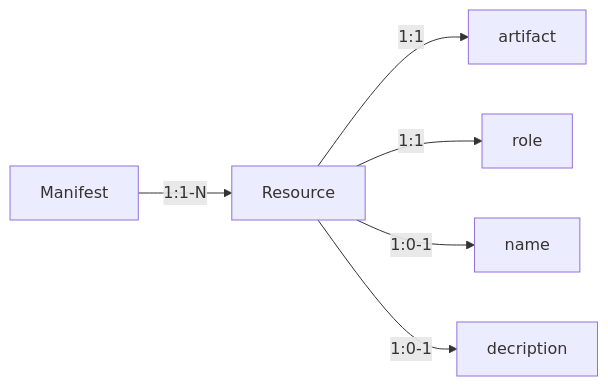
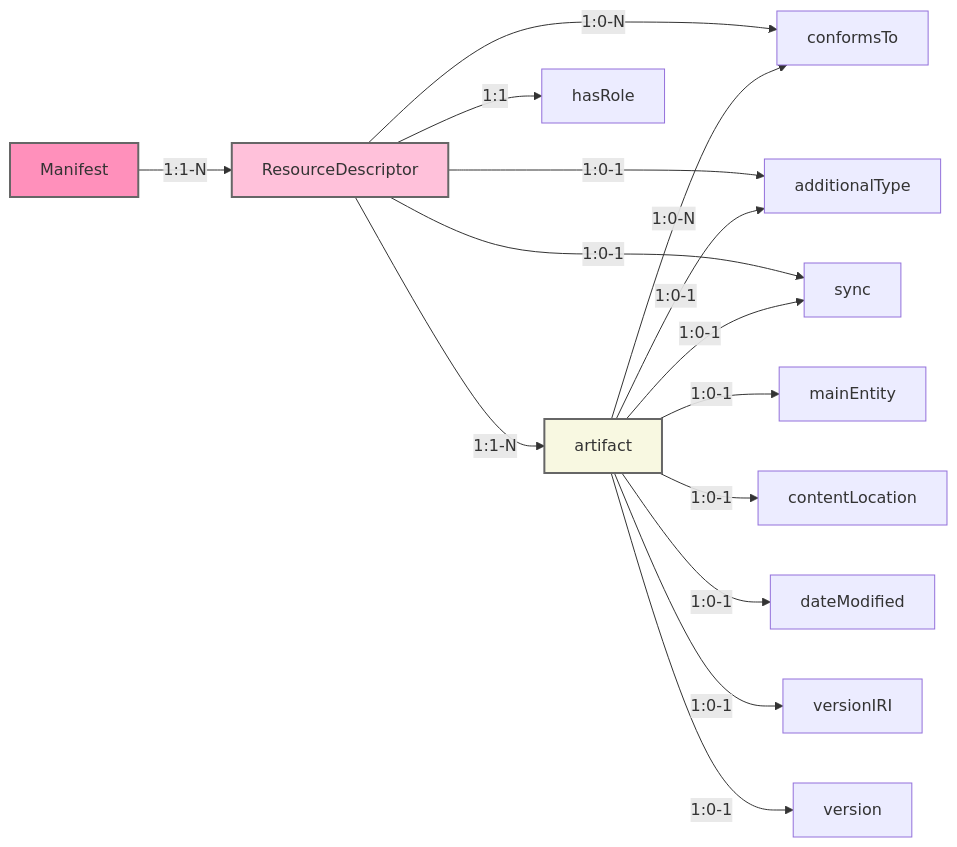
The diagram in docs/guide/manifests.md (Kurrawong/kgm), drawn with Mermaid before and after one commit. The commit also changed other lines of this file and 7 other files, not shown here.

````diff
--- a/docs/guide/manifests.md
+++ b/docs/guide/manifests.md
@@ -61,8 +61,22 @@
 ``` mermaid
 graph LR
-  Manifest --1:1-N--> Resource;
-  Resource --1:1--> artifact;
-  Resource --1:1--> role;
-  Resource --1:0-1--> name;
-  Resource --1:0-1--> decription;
+  style Manifest fill:#FF90BB,stroke:#666,stroke-width:2px
+  Manifest --1:1-N--> ResourceDescriptor;
+  style ResourceDescriptor fill:#FFC1DA,stroke:#666,stroke-width:2px
+  style artifact fill:#F8F8E1,stroke:#666,stroke-width:2px 
+  ResourceDescriptor --1:1-N--> artifact;
+  ResourceDescriptor --1:1--> hasRole;
+  ResourceDescriptor --1:0-N--> conformsTo;
+  ResourceDescriptor --1:0-1--> additionalType;
+  ResourceDescriptor --1:0-1--> sync;
+  style artifact fill:#F8F8E1,stroke:#666,stroke-width:2px  
+  artifact --1:0-N--> conformsTo;
+  artifact --1:0-1--> additionalType;
+  artifact --1:0-1--> sync;
+  artifact --1:0-1--> mainEntity;
+  artifact --1:0-1--> contentLocation;
+  style artifact fill:#F8F8E1,stroke:#666,stroke-width:2px  
+  artifact --1:0-1--> dateModified;
+  artifact --1:0-1--> versionIRI;
+  artifact --1:0-1--> version;
 ```
````
